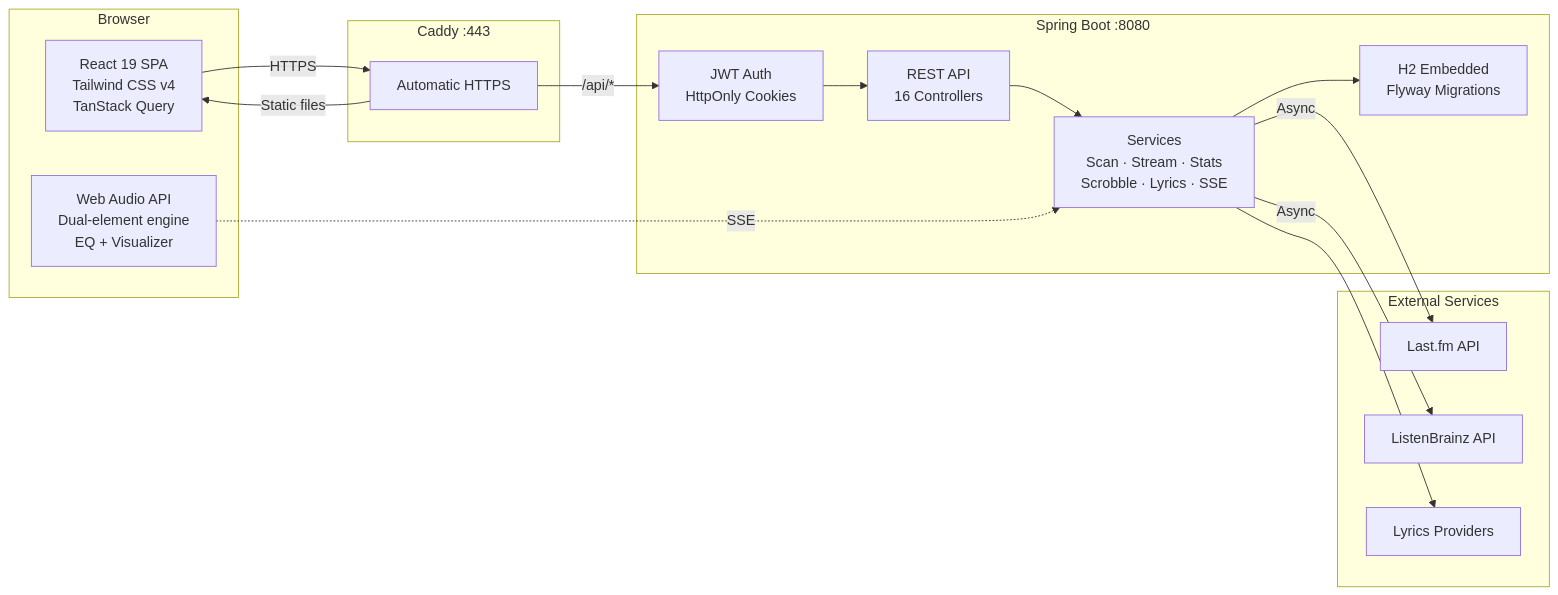
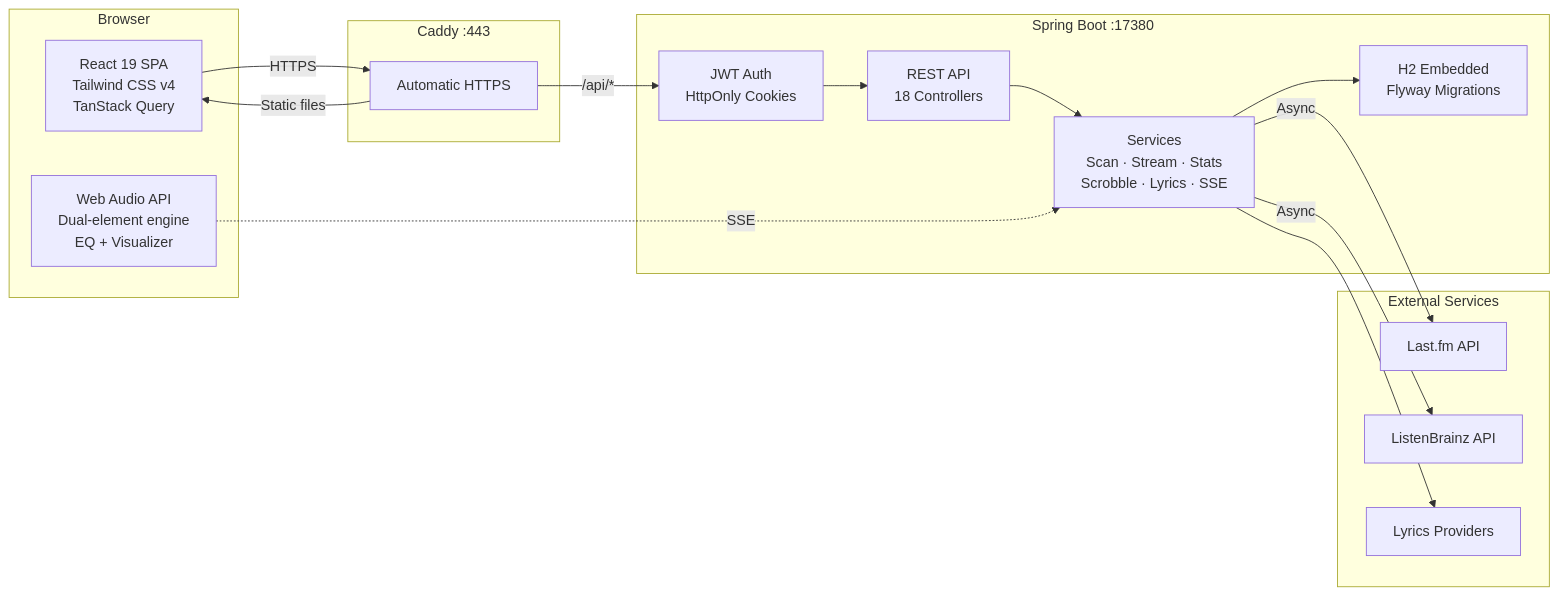
One commit to Cortadai/musicode changed the first of 6 diagrams in README.md. Above: the diagram before and after it, drawn with Mermaid. The commit also changed other lines of this file and 2 other files, not shown here.

````diff
--- a/README.md
+++ b/README.md
@@ -50,34 +54,34 @@
 ```mermaid
 graph LR
     subgraph Client ["Browser"]
         React["React 19 SPA<br/>Tailwind CSS v4<br/>TanStack Query"]
         WebAudio["Web Audio API<br/>Dual-element engine<br/>EQ + Visualizer"]
     end
 
     subgraph Proxy ["Caddy :443"]
         TLS["Automatic HTTPS"]
     end
 
-    subgraph Server ["Spring Boot :8080"]
+    subgraph Server ["Spring Boot :17380"]
         Security["JWT Auth<br/>HttpOnly Cookies"]
-        API["REST API<br/>16 Controllers"]
+        API["REST API<br/>18 Controllers"]
         Services["Services<br/>Scan · Stream · Stats<br/>Scrobble · Lyrics · SSE"]
         DB["H2 Embedded<br/>Flyway Migrations"]
     end
 
     subgraph External ["External Services"]
         LastFM["Last.fm API"]
         LB["ListenBrainz API"]
         Lyrics["Lyrics Providers"]
     end
 
     React -->|HTTPS| TLS
     TLS -->|/api/*| Security
     TLS -->|Static files| React
     Security --> API --> Services
     Services --> DB
     Services -->|Async| LastFM
     Services -->|Async| LB
     Services --> Lyrics
     WebAudio -.->|SSE| Services
 ```
````
